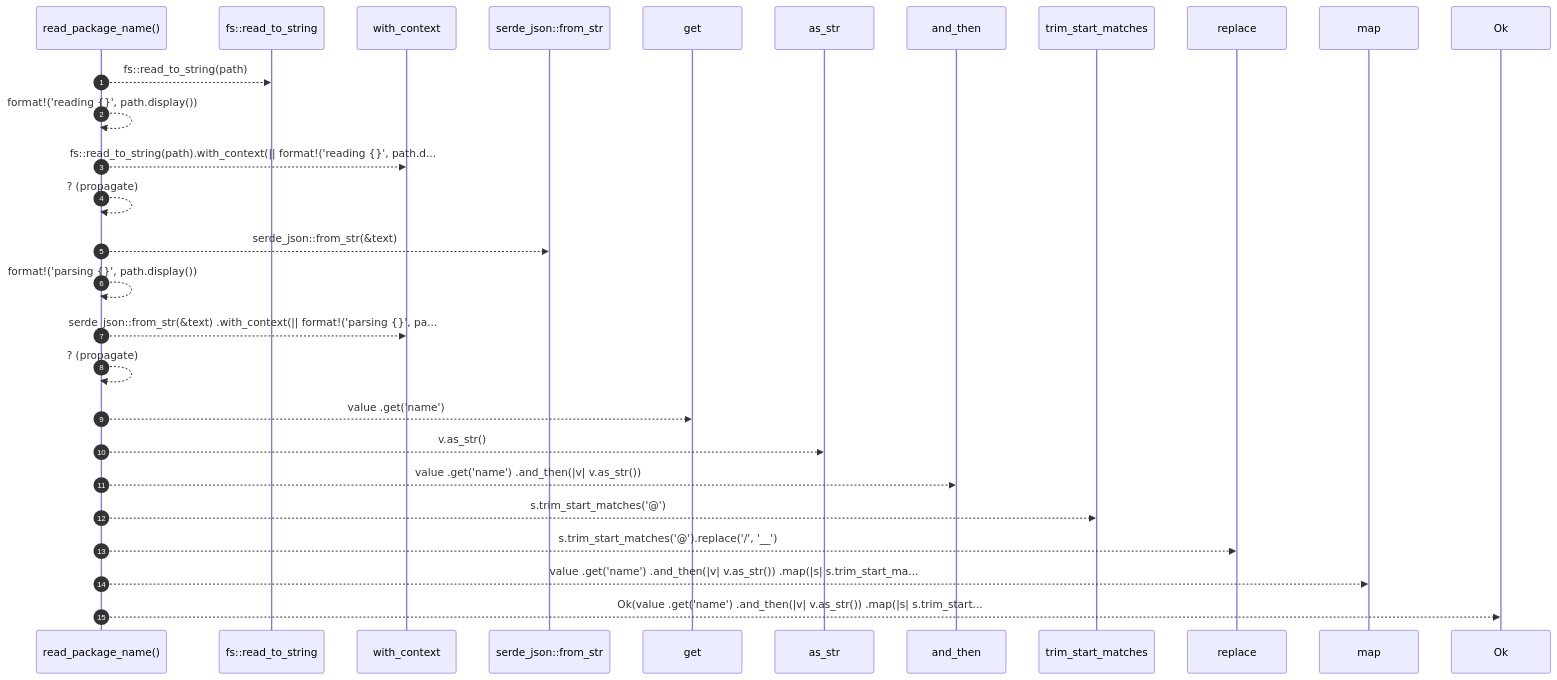
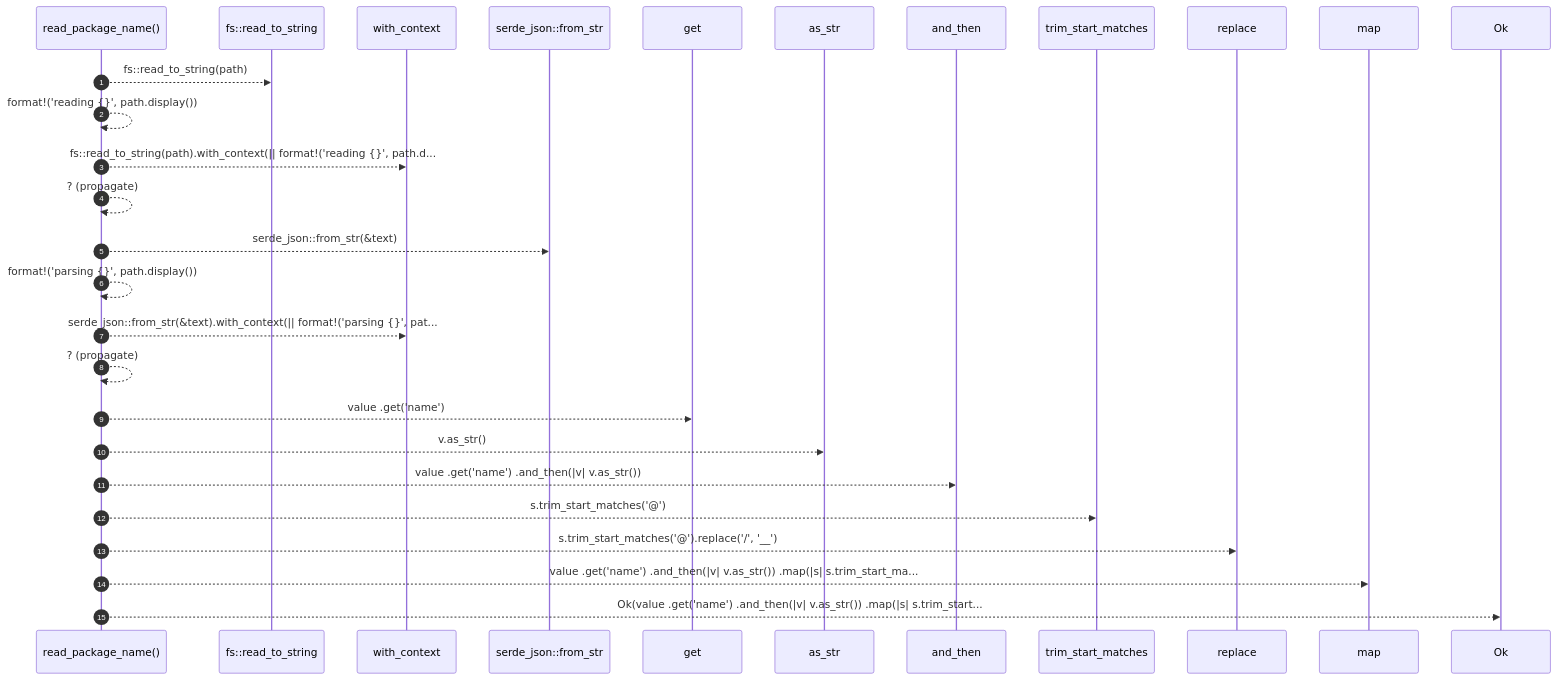
One commit to RyanGuild/self-describing-code changed the diagram in docs/self-model/robby_extract/typescript/read-package-name.md. Above: the diagram before and after it, drawn with Mermaid. The commit also changed other lines of this file and 747 other files, not shown here.

````diff
--- a/docs/self-model/robby_extract/typescript/read-package-name.md
+++ b/docs/self-model/robby_extract/typescript/read-package-name.md
@@ -24,30 +24,30 @@
 ```mermaid
 sequenceDiagram
     autonumber
     participant read_package_name as read_package_name()
     participant fs__read_to_string as fs::read_to_string
     participant with_context as with_context
     participant serde_json__from_str as serde_json::from_str
     participant get as get
     participant as_str as as_str
     participant and_then as and_then
     participant trim_start_matches as trim_start_matches
     participant replace as replace
     participant map as map
     participant Ok as Ok
     read_package_name-->>fs__read_to_string: fs::read_to_string(path)
     read_package_name-->>read_package_name: format!('reading {}', path.display())
     read_package_name-->>with_context: fs::read_to_string(path).with_context(|| format!('reading {}', path.d...
     read_package_name-->>read_package_name: ? (propagate)
     read_package_name-->>serde_json__from_str: serde_json::from_str(&text)
     read_package_name-->>read_package_name: format!('parsing {}', path.display())
-    read_package_name-->>with_context: serde_json::from_str(&text) .with_context(|| format!('parsing {}', pa...
+    read_package_name-->>with_context: serde_json::from_str(&text).with_context(|| format!('parsing {}', pat...
     read_package_name-->>read_package_name: ? (propagate)
     read_package_name-->>get: value .get('name')
     read_package_name-->>as_str: v.as_str()
     read_package_name-->>and_then: value .get('name') .and_then(|v| v.as_str())
     read_package_name-->>trim_start_matches: s.trim_start_matches('@')
     read_package_name-->>replace: s.trim_start_matches('@').replace('/', '__')
     read_package_name-->>map: value .get('name') .and_then(|v| v.as_str()) .map(|s| s.trim_start_ma...
     read_package_name-->>Ok: Ok(value .get('name') .and_then(|v| v.as_str()) .map(|s| s.trim_start...
 ```
````
